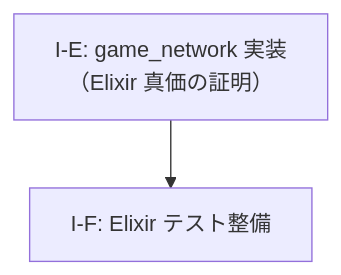
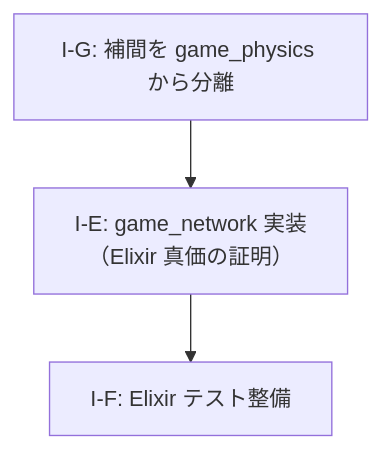
The diagram in docs/improvement-plan.md (FRICK-ELDY/alchemy-engine), drawn with Mermaid before and after one commit. The commit also changed other lines of this file and 62 other files, not shown here.

Commit message:
refactor: rename game_simulation crate to game_physics

````diff
--- a/docs/improvement-plan.md
+++ b/docs/improvement-plan.md
@@ -68,7 +107,9 @@
 ```mermaid
 graph TD
+    IG["I-G: 補間を game_physics から分離"]
     IE["I-E: game_network 実装\n（Elixir 真価の証明）"]
     IF["I-F: Elixir テスト整備"]
 
+    IG --> IE
     IE --> IF
 ```
````
